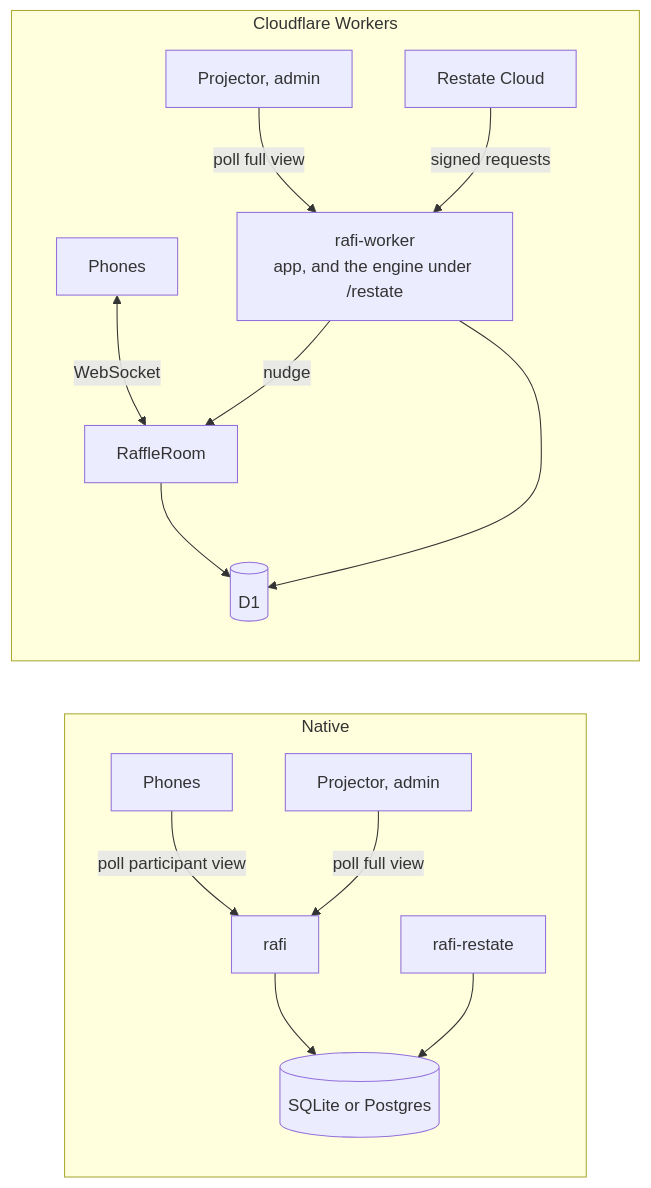
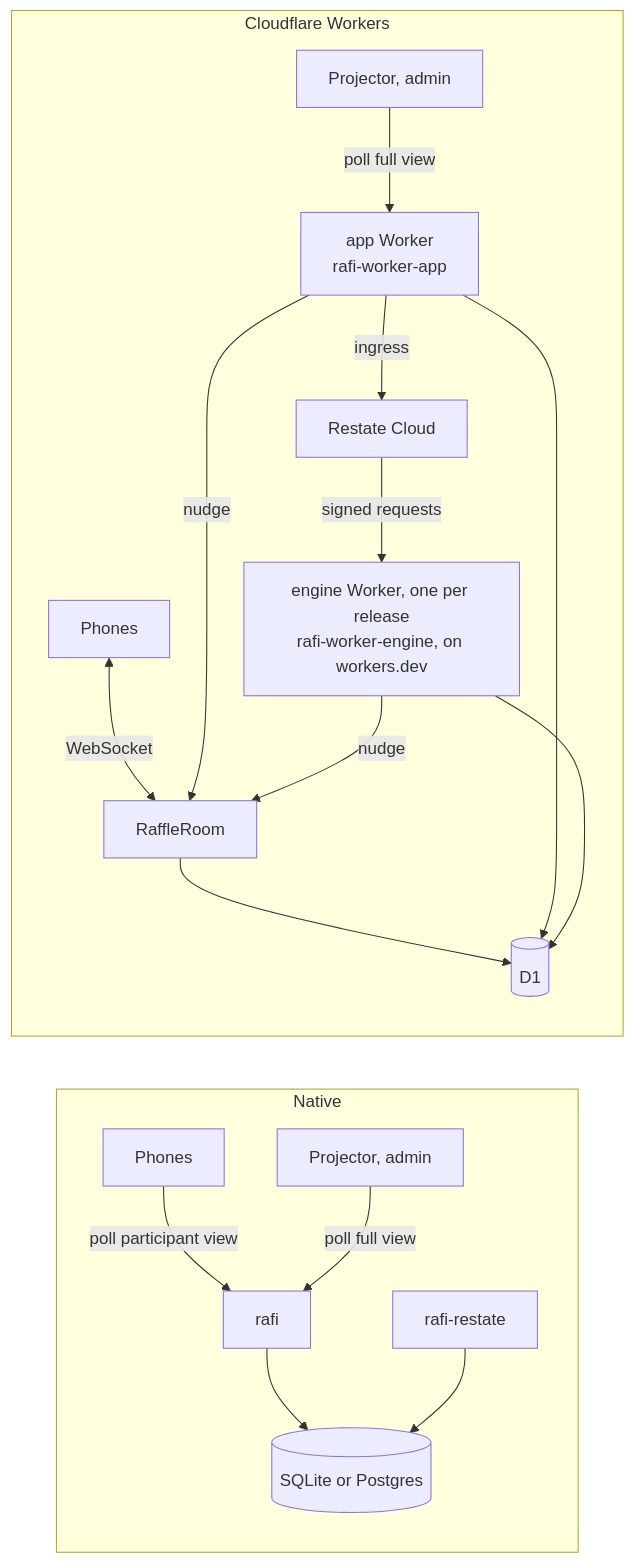
The fourth of 4 diagrams in docs/explanation/architecture.md (sagikazarmark/rafi.orig), drawn with Mermaid before and after one commit. The commit also changed other lines of this file and 18 other files, not shown here.

````diff
--- a/docs/explanation/architecture.md
+++ b/docs/explanation/architecture.md
@@ -170,17 +170,20 @@
 ```mermaid
 flowchart LR
     subgraph native [Native]
         p1[Phones] -->|poll participant view| a1[rafi]
         s1[Projector, admin] -->|poll full view| a1
         a1 --> db1[(SQLite or Postgres)]
         e1[rafi-restate] --> db1
     end
     subgraph workers [Cloudflare Workers]
         p2[Phones] <-->|WebSocket| room[RaffleRoom]
-        s2[Projector, admin] -->|poll full view| a2[rafi-worker<br/>app, and the engine under /restate]
-        rc[Restate Cloud] -->|signed requests| a2
+        s2[Projector, admin] -->|poll full view| a2[app Worker<br/>rafi-worker-app]
+        a2 -->|ingress| rc[Restate Cloud]
+        rc -->|signed requests| e2[engine Worker, one per release<br/>rafi-worker-engine, on workers.dev]
         a2 -->|nudge| room
+        e2 -->|nudge| room
         room --> db2[(D1)]
         a2 --> db2
+        e2 --> db2
     end
 ```
````
